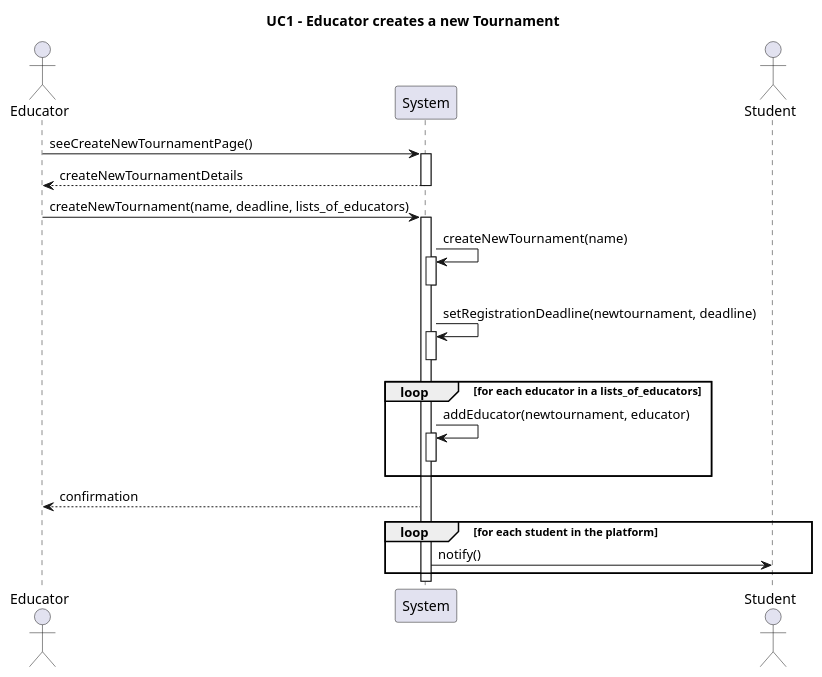
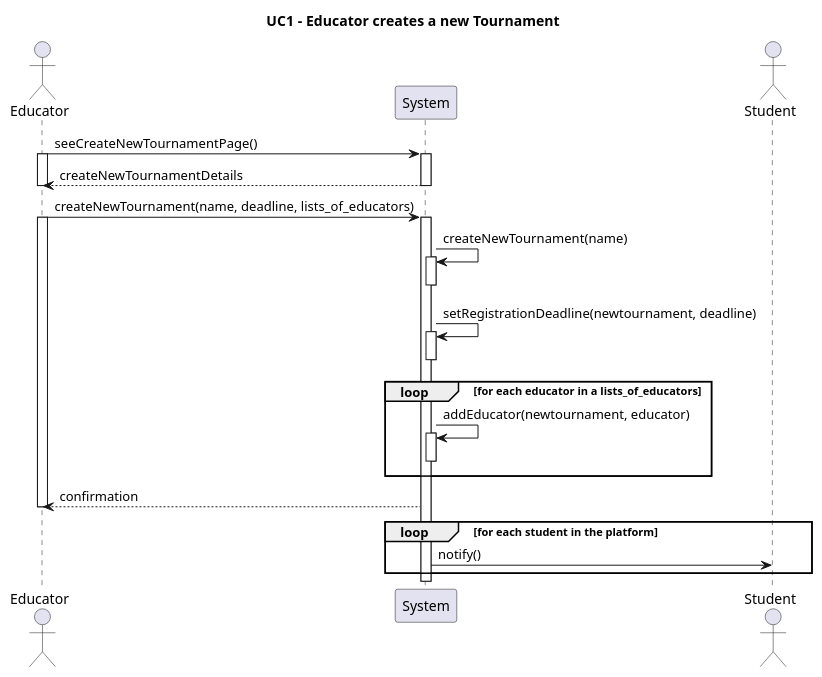
The diagram in rasd/puml/UC1.puml (Furrrlo/CodeKataBattle), drawn with PlantUML before and after one commit. The commit also changed 8 other files, not shown here.

```diff
--- a/rasd/puml/UC1.puml
+++ b/rasd/puml/UC1.puml
@@ -1,36 +1,37 @@
 @startuml UC1
 title UC1 - Educator creates a new Tournament    
-
-
 
 actor Educator
 
 participant System
 actor Student
 
 Educator -> System ++: seeCreateNewTournamentPage()
+activate Educator
 System --> Educator--: createNewTournamentDetails
+deactivate Educator
 
 Educator -> System ++: createNewTournament(name, deadline, lists_of_educators)
+activate Educator
 
 System -> System ++: createNewTournament(name)
 deactivate System
 
 System -> System ++: setRegistrationDeadline(newtournament, deadline)
 deactivate System
 
 loop for each educator in a lists_of_educators
     System -> System ++: addEducator(newtournament, educator)
     deactivate System
 end
 
 System --> Educator : confirmation
-
+deactivate Educator
 
 loop for each student in the platform
     System -> Student : notify()
 
 end
 
 
 @enduml
```
